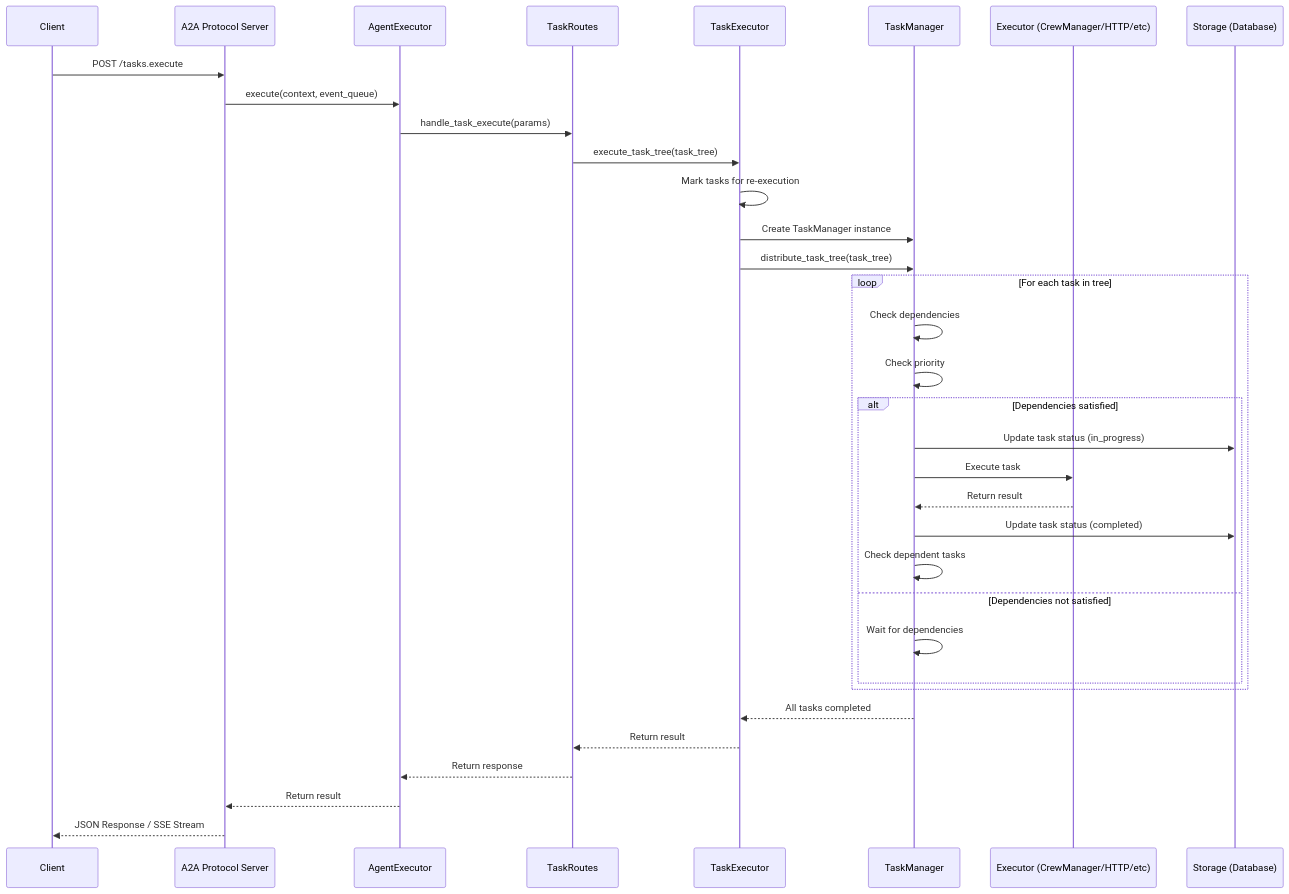
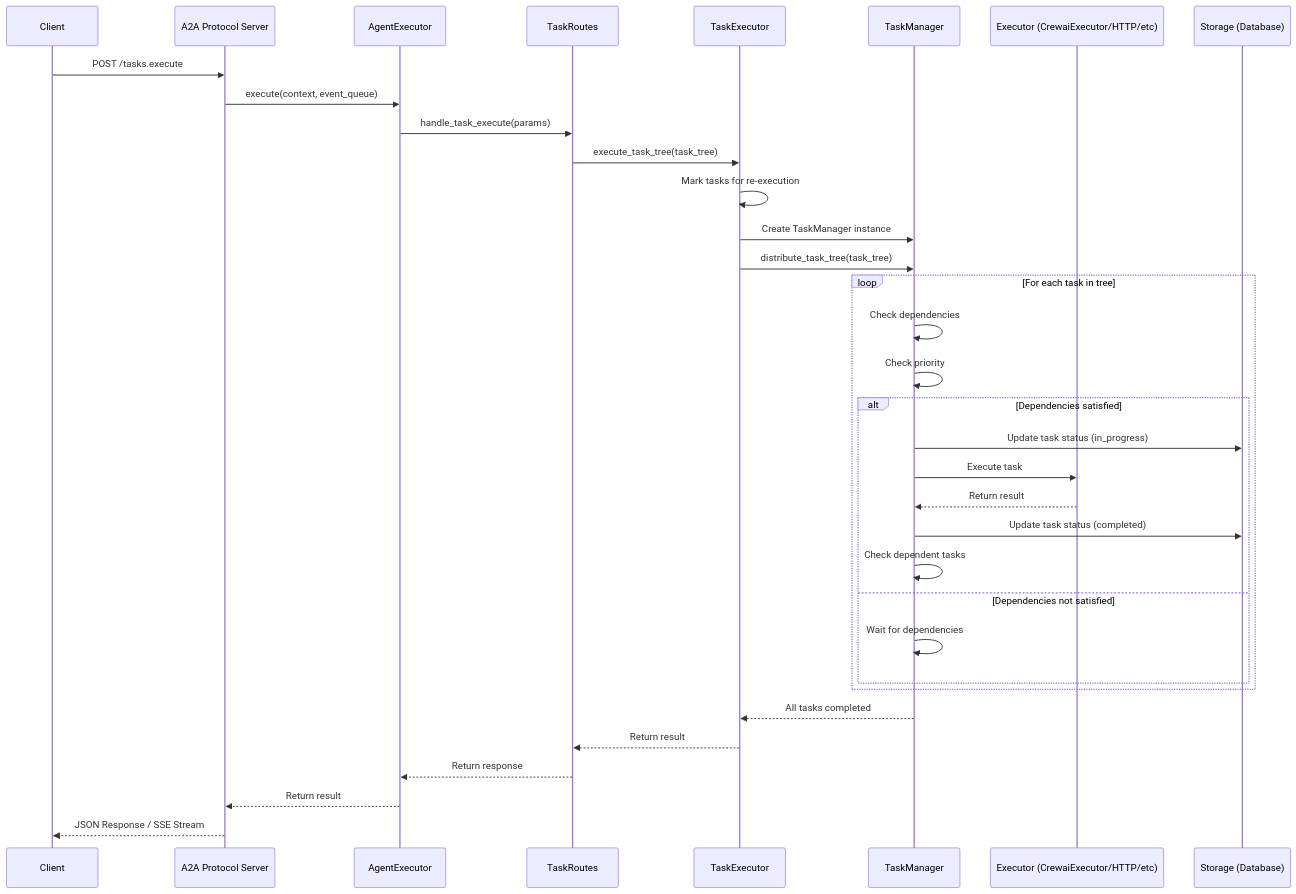
One commit to aipartnerup/apflow changed the first of 6 diagrams in docs/architecture/diagrams.md. Above: the diagram before and after it, drawn with Mermaid. The commit also changed other lines of this file and 26 other files, not shown here.

First line of the commit message:
Add unit and integration tests for CrewaiExecutor functionality

````diff
--- a/docs/architecture/diagrams.md
+++ b/docs/architecture/diagrams.md
@@ -17,40 +17,40 @@
 ```mermaid
 sequenceDiagram
     participant Client
     participant APIServer as A2A Protocol Server
     participant AgentExecutor as AgentExecutor
     participant TaskRoutes as TaskRoutes
     participant TaskExecutor as TaskExecutor
     participant TaskManager as TaskManager
-    participant Executor as Executor (CrewManager/HTTP/etc)
+    participant Executor as Executor (CrewaiExecutor/HTTP/etc)
     participant Storage as Storage (Database)
     
     Client->>APIServer: POST /tasks.execute
     APIServer->>AgentExecutor: execute(context, event_queue)
     AgentExecutor->>TaskRoutes: handle_task_execute(params)
     TaskRoutes->>TaskExecutor: execute_task_tree(task_tree)
     
     TaskExecutor->>TaskExecutor: Mark tasks for re-execution
     TaskExecutor->>TaskManager: Create TaskManager instance
     TaskExecutor->>TaskManager: distribute_task_tree(task_tree)
     
     loop For each task in tree
         TaskManager->>TaskManager: Check dependencies
         TaskManager->>TaskManager: Check priority
         alt Dependencies satisfied
             TaskManager->>Storage: Update task status (in_progress)
             TaskManager->>Executor: Execute task
             Executor-->>TaskManager: Return result
             TaskManager->>Storage: Update task status (completed)
             TaskManager->>TaskManager: Check dependent tasks
         else Dependencies not satisfied
             TaskManager->>TaskManager: Wait for dependencies
         end
     end
     
     TaskManager-->>TaskExecutor: All tasks completed
     TaskExecutor-->>TaskRoutes: Return result
     TaskRoutes-->>AgentExecutor: Return response
     AgentExecutor-->>APIServer: Return result
     APIServer-->>Client: JSON Response / SSE Stream
 ```
````
